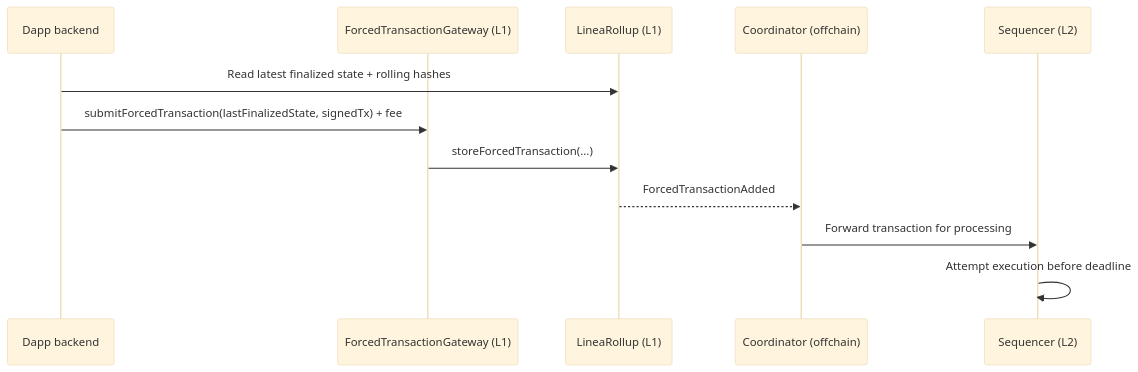
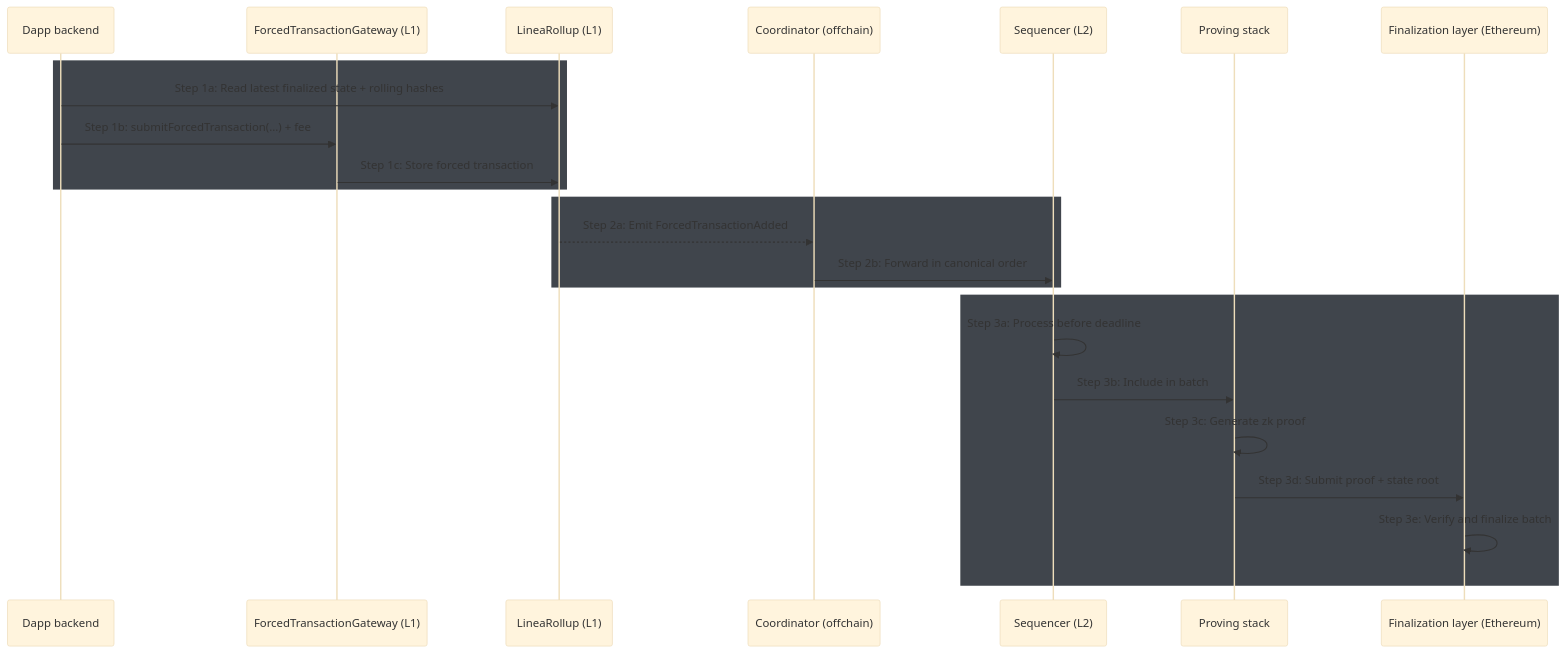
Before and after one commit to Consensys/doc.linea: the diagram in docs/protocol/forced-transactions.mdx, drawn with Mermaid (base theme). The commit also changed other lines of this file and 2 other files, not shown here.

Commit message:
responds to arthur review (#1382)
* responds to arthur review

* Apply suggestion from @thedarkjester

proof

* Apply suggestion from @thedarkjester

proof

* link fix

* Apply suggestion from @thedarkjester

proof

* mermaid tweak

---------

````diff
--- a/docs/protocol/forced-transactions.mdx
+++ b/docs/protocol/forced-transactions.mdx
@@ -83,15 +82,38 @@
 ```mermaid
 sequenceDiagram
     participant App as Dapp backend
     participant Gateway as ForcedTransactionGateway (L1)
     participant Rollup as LineaRollup (L1)
     participant Coordinator as Coordinator (offchain)
     participant Sequencer as Sequencer (L2)
+    participant Stack as Proving stack
+    participant L1 as Finalization layer (Ethereum)
 
-    App->>Rollup: Read latest finalized state + rolling hashes
-    App->>Gateway: submitForcedTransaction(lastFinalizedState, signedTx) + fee
-    Gateway->>Rollup: storeForcedTransaction(...)
-    Rollup-->>Coordinator: ForcedTransactionAdded
-    Coordinator->>Sequencer: Forward transaction for processing
-    Sequencer->>Sequencer: Attempt execution before deadline
+    %% ======================
+    %% Step 1: Submission (L1)
+    %% ======================
+    rect rgb(64, 69, 76)
+        App->>Rollup: Step 1a: Read latest finalized state + rolling hashes
+        App->>Gateway: Step 1b: submitForcedTransaction(...) + fee
+        Gateway->>Rollup: Step 1c: Store forced transaction
+    end
+
+    %% ======================
+    %% Step 2: Ordering (L1 enforced)
+    %% ======================
+    rect rgb(64, 69, 76)
+        Rollup-->>Coordinator: Step 2a: Emit ForcedTransactionAdded
+        Coordinator->>Sequencer: Step 2b: Forward in canonical order
+    end
+
+    %% ======================
+    %% Step 3: Processing (L2 → L1 finalization)
+    %% ======================
+    rect rgb(64, 69, 76)
+        Sequencer->>Sequencer: Step 3a: Process before deadline
+        Sequencer->>Stack: Step 3b: Include in batch
+        Stack->>Stack: Step 3c: Generate zk proof
+        Stack->>L1: Step 3d: Submit proof + state root
+        L1->>L1: Step 3e: Verify and finalize batch
+    end
 ```
````
